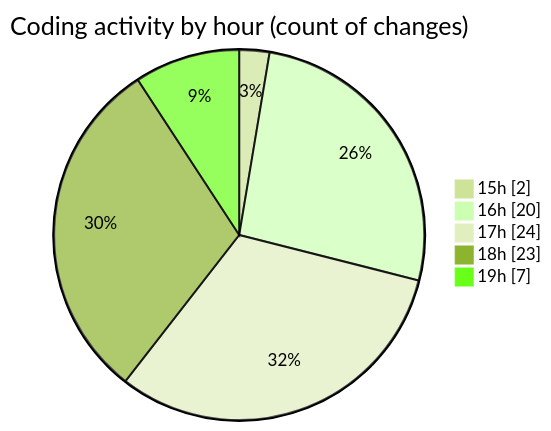
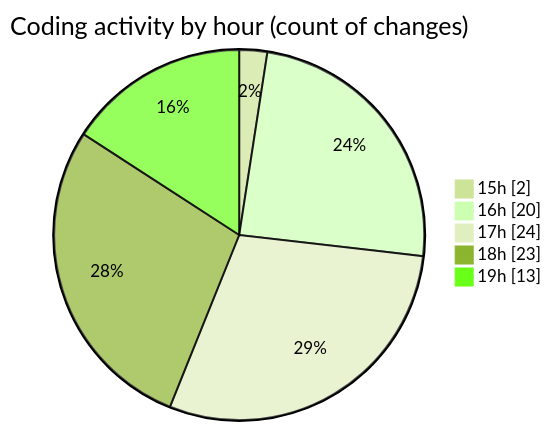
One commit to nxtqubesakshisongat/code-tracking changed the second of 2 diagrams in 2025-08-09/nxtqube_webapp/README.md. Above: the diagram before and after it, drawn with Mermaid (forest theme). The commit also changed other lines of this file and 1 other file, not shown here.

````diff
--- a/2025-08-09/nxtqube_webapp/README.md
+++ b/2025-08-09/nxtqube_webapp/README.md
@@ -32,9 +32,9 @@
 ```mermaid
 pie showData
 title Coding activity by hour (count of changes)
 "15h" : 2
 "16h" : 20
 "17h" : 24
 "18h" : 23
-"19h" : 7
+"19h" : 13
 ```
````
